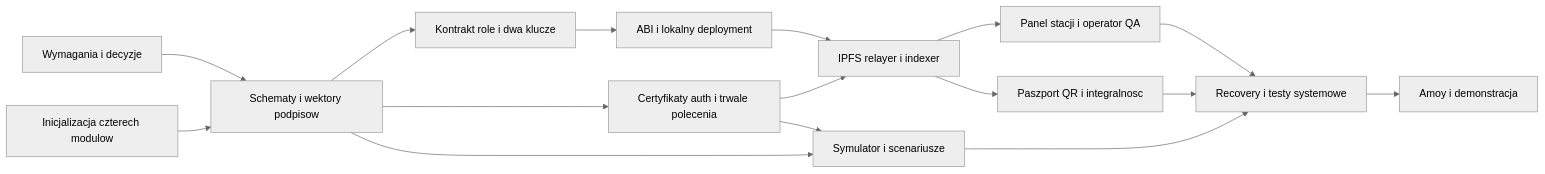
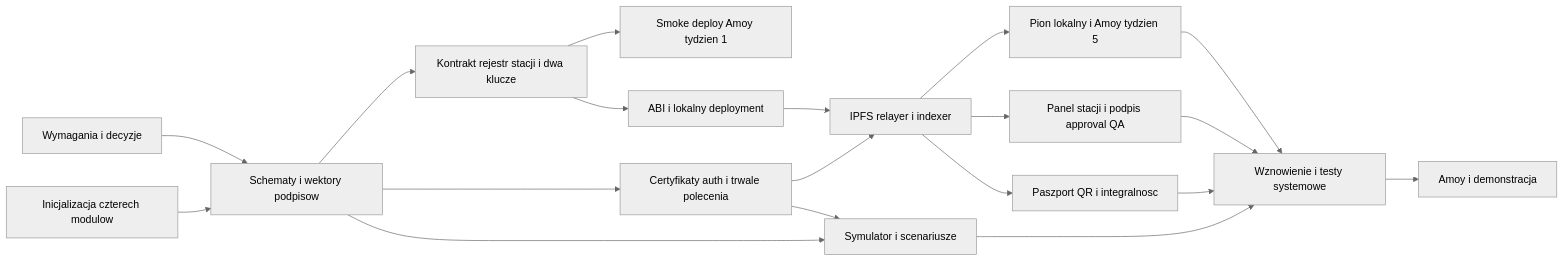
One commit to nimek06/PZ_supply_blockchain changed the diagram in docs/plan.md. Above: the diagram before and after it, drawn with Mermaid (neutral theme). The commit also changed other lines of this file and 64 other files, not shown here.

````diff
--- a/docs/plan.md
+++ b/docs/plan.md
@@ -216,30 +227,35 @@
 ```mermaid
 flowchart LR
     ScopePlan["Wymagania i decyzje"]
     SetupPlan["Inicjalizacja czterech modulow"]
     SchemaPlan["Schematy i wektory podpisow"]
-    ContractPlan["Kontrakt role i dwa klucze"]
+    ContractPlan["Kontrakt rejestr stacji i dwa klucze"]
     IdentityPlan["Certyfikaty auth i trwale polecenia"]
     ChainPlan["ABI i lokalny deployment"]
     PipelinePlan["IPFS relayer i indexer"]
     SimulatorPlan["Symulator i scenariusze"]
-    OperatorPlan["Panel stacji i operator QA"]
+    OperatorPlan["Panel stacji i podpis approval QA"]
     PassportPlan["Paszport QR i integralnosc"]
-    RecoveryPlan["Recovery i testy systemowe"]
+    RecoveryPlan["Wznowienie i testy systemowe"]
     DemoPlan["Amoy i demonstracja"]
+    AmoySmoke["Smoke deploy Amoy tydzien 1"]
+    AmoyVertical["Pion lokalny i Amoy tydzien 5"]
     ScopePlan --> SchemaPlan
     SetupPlan --> SchemaPlan
     SchemaPlan --> ContractPlan
     SchemaPlan --> IdentityPlan
+    ContractPlan --> AmoySmoke
     ContractPlan --> ChainPlan
     ChainPlan --> PipelinePlan
     IdentityPlan --> PipelinePlan
     SchemaPlan --> SimulatorPlan
     IdentityPlan --> SimulatorPlan
+    PipelinePlan --> AmoyVertical
     PipelinePlan --> OperatorPlan
     PipelinePlan --> PassportPlan
     SimulatorPlan --> RecoveryPlan
     OperatorPlan --> RecoveryPlan
     PassportPlan --> RecoveryPlan
+    AmoyVertical --> RecoveryPlan
     RecoveryPlan --> DemoPlan
 ```
````
